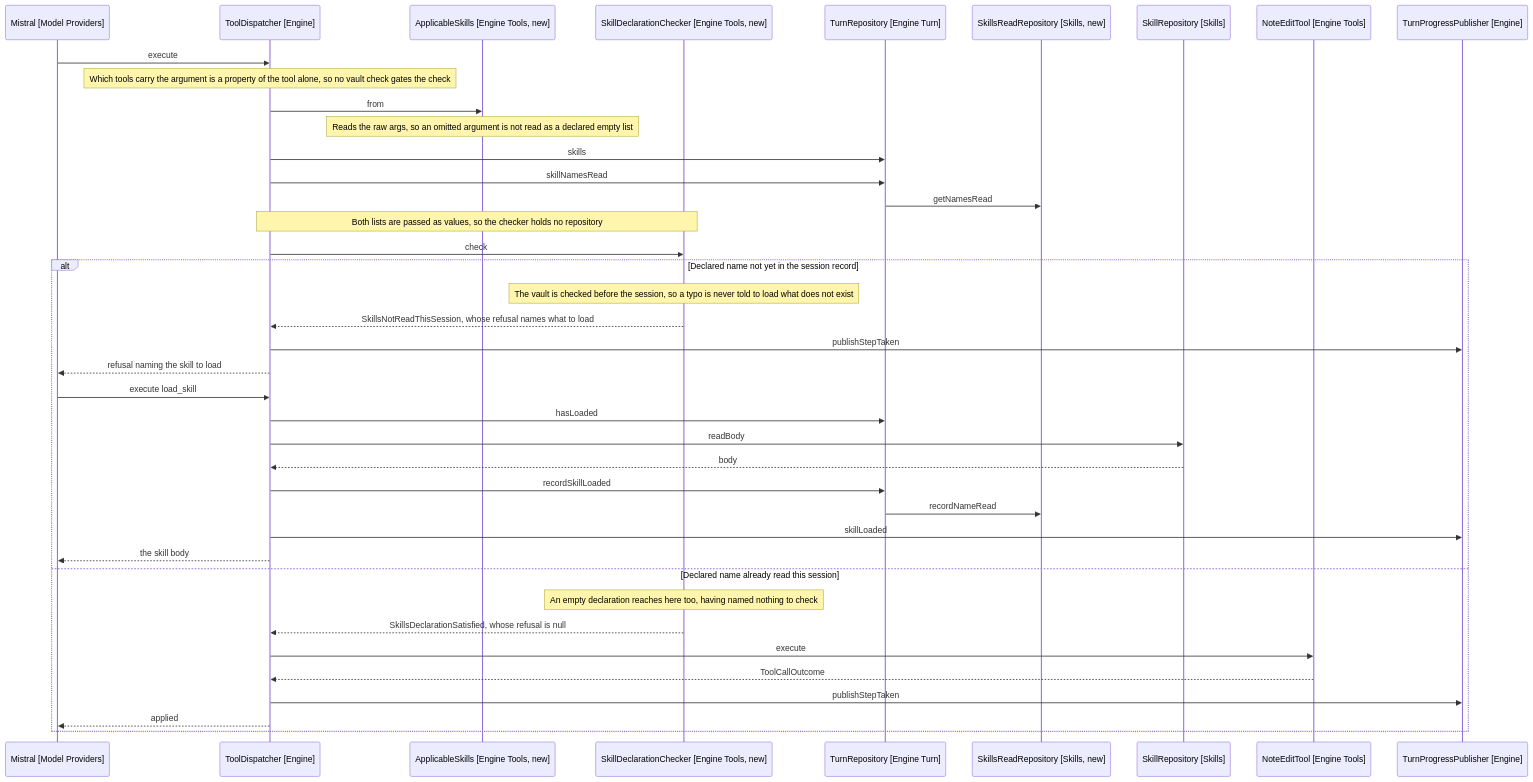
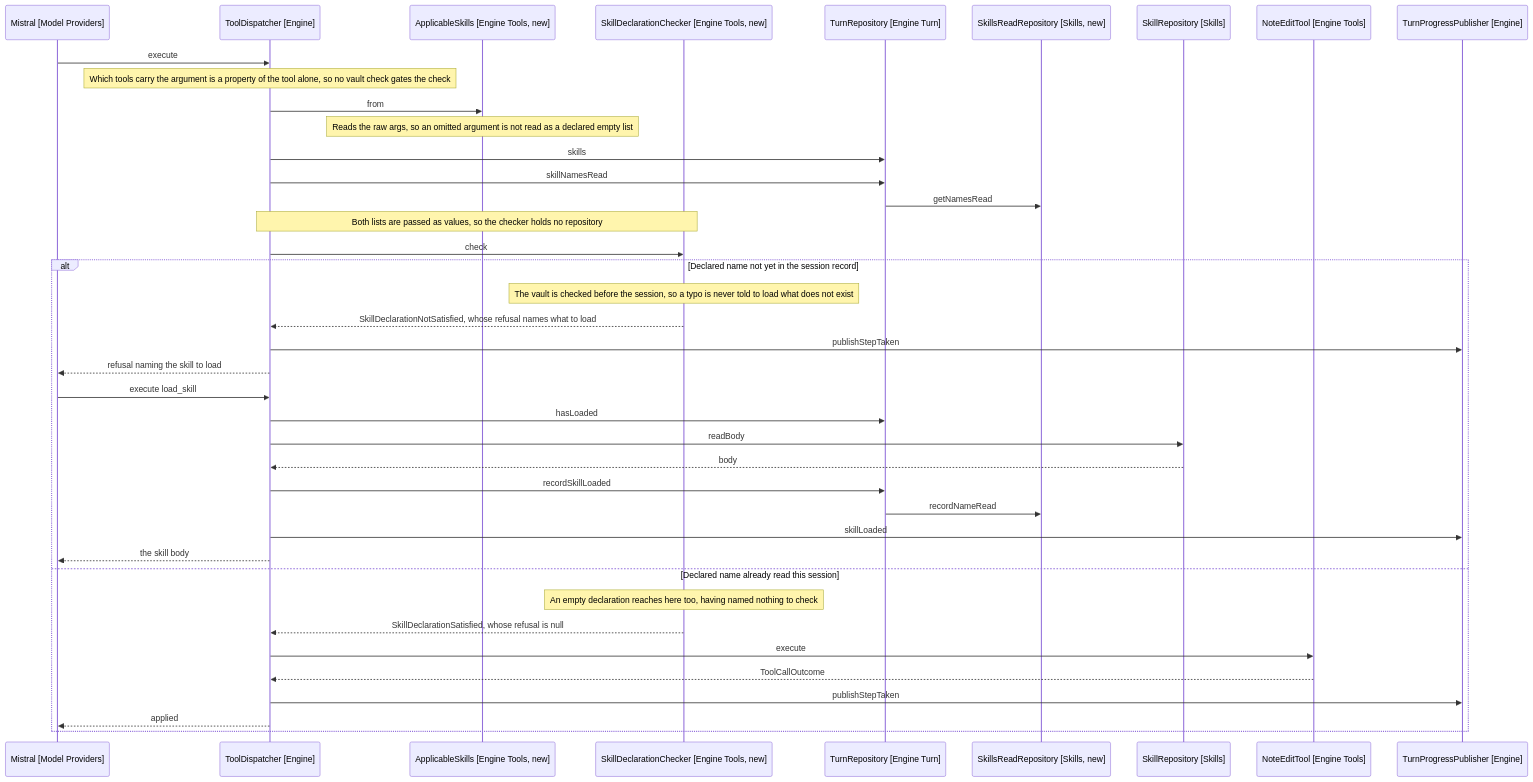
One commit to iparips/obsidian-owl changed the diagram in docs/spec/24-remembering-skills-read/3-design.md. Above: the diagram before and after it, drawn with Mermaid. The commit also changed other lines of this file and 3 other files, not shown here.

First line of the commit message:
Collapse the skill declaration outcome to two states

````diff
--- a/docs/spec/24-remembering-skills-read/3-design.md
+++ b/docs/spec/24-remembering-skills-read/3-design.md
@@ -115,44 +113,44 @@
 ```mermaid
 sequenceDiagram
     participant Model as Mistral [Model Providers]
     participant Dispatcher as ToolDispatcher [Engine]
     participant Applicable as ApplicableSkills [Engine Tools, new]
     participant Checker as SkillDeclarationChecker [Engine Tools, new]
     participant Turn as TurnRepository [Engine Turn]
     participant SkillsRead as SkillsReadRepository [Skills, new]
     participant Skills as SkillRepository [Skills]
     participant Edit as NoteEditTool [Engine Tools]
     participant Panel as TurnProgressPublisher [Engine]
 
     Model->>Dispatcher: execute
     Note over Dispatcher: Which tools carry the argument is a property of the tool alone, so no vault check gates the check
     Dispatcher->>Applicable: from
     Note over Applicable: Reads the raw args, so an omitted argument is not read as a declared empty list
     Dispatcher->>Turn: skills
     Dispatcher->>Turn: skillNamesRead
     Turn->>SkillsRead: getNamesRead
     Note over Dispatcher,Checker: Both lists are passed as values, so the checker holds no repository
     Dispatcher->>Checker: check
 
     alt Declared name not yet in the session record
         Note over Checker: The vault is checked before the session, so a typo is never told to load what does not exist
-        Checker-->>Dispatcher: SkillsNotReadThisSession, whose refusal names what to load
+        Checker-->>Dispatcher: SkillDeclarationNotSatisfied, whose refusal names what to load
         Dispatcher->>Panel: publishStepTaken
         Dispatcher-->>Model: refusal naming the skill to load
         Model->>Dispatcher: execute load_skill
         Dispatcher->>Turn: hasLoaded
         Dispatcher->>Skills: readBody
         Skills-->>Dispatcher: body
         Dispatcher->>Turn: recordSkillLoaded
         Turn->>SkillsRead: recordNameRead
         Dispatcher->>Panel: skillLoaded
         Dispatcher-->>Model: the skill body
     else Declared name already read this session
         Note over Checker: An empty declaration reaches here too, having named nothing to check
-        Checker-->>Dispatcher: SkillsDeclarationSatisfied, whose refusal is null
+        Checker-->>Dispatcher: SkillDeclarationSatisfied, whose refusal is null
         Dispatcher->>Edit: execute
         Edit-->>Dispatcher: ToolCallOutcome
         Dispatcher->>Panel: publishStepTaken
         Dispatcher-->>Model: applied
     end
 ```
````
